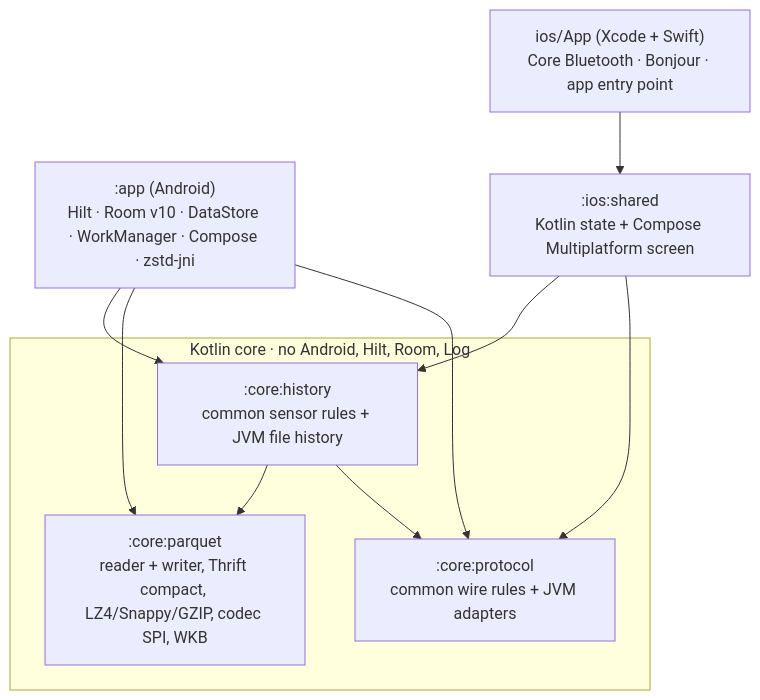
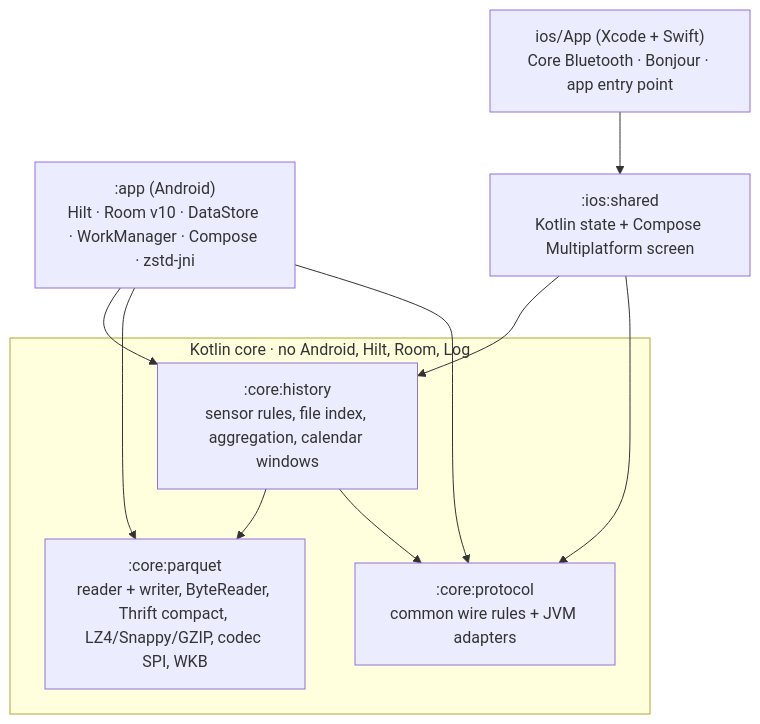
One commit to walkthru-earth/opensensor-space-mobile changed the first of 3 diagrams in docs/architecture.md. Above: the diagram before and after it, drawn with Mermaid. The commit also changed other lines of this file and 29 other files, not shown here.

First line of the commit message:
Share history on iOS with kotlinx-datetime and document the portable reader

````diff
--- a/docs/architecture.md
+++ b/docs/architecture.md
@@ -9,19 +9,19 @@
 ```mermaid
 flowchart TB
   subgraph core["Kotlin core · no Android, Hilt, Room, Log"]
     PR[":core:protocol<br/>common wire rules + JVM adapters"]
-    PQ[":core:parquet<br/>reader + writer, Thrift compact, LZ4/Snappy/GZIP, codec SPI, WKB"]
-    HI[":core:history<br/>common sensor rules + JVM file history"]
+    PQ[":core:parquet<br/>reader + writer, ByteReader, Thrift compact, LZ4/Snappy/GZIP, codec SPI, WKB"]
+    HI[":core:history<br/>sensor rules, file index, aggregation, calendar windows"]
   end
   APP[":app (Android)<br/>Hilt · Room v10 · DataStore · WorkManager · Compose · zstd-jni"]
   IOS["ios/App (Xcode + Swift)<br/>Core Bluetooth · Bonjour · app entry point"]
   IS[":ios:shared<br/>Kotlin state + Compose Multiplatform screen"]
   HI --> PQ
   HI --> PR
   APP --> HI
   APP --> PQ
   APP --> PR
   IS --> HI
   IS --> PR
   IOS --> IS
 ```
````
